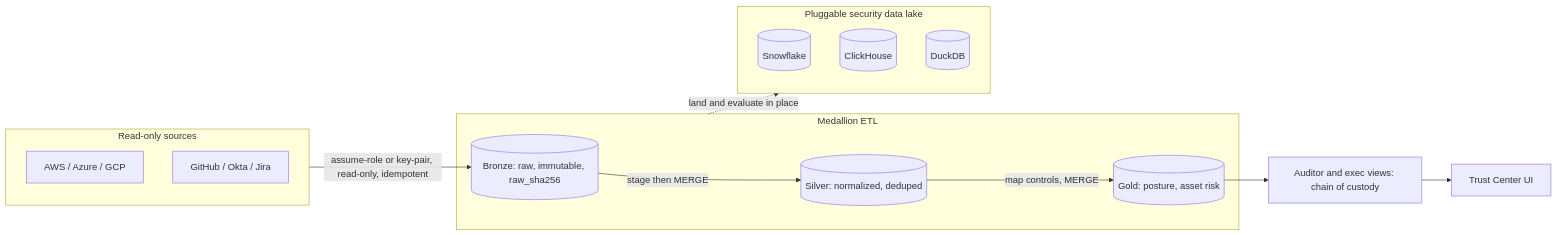
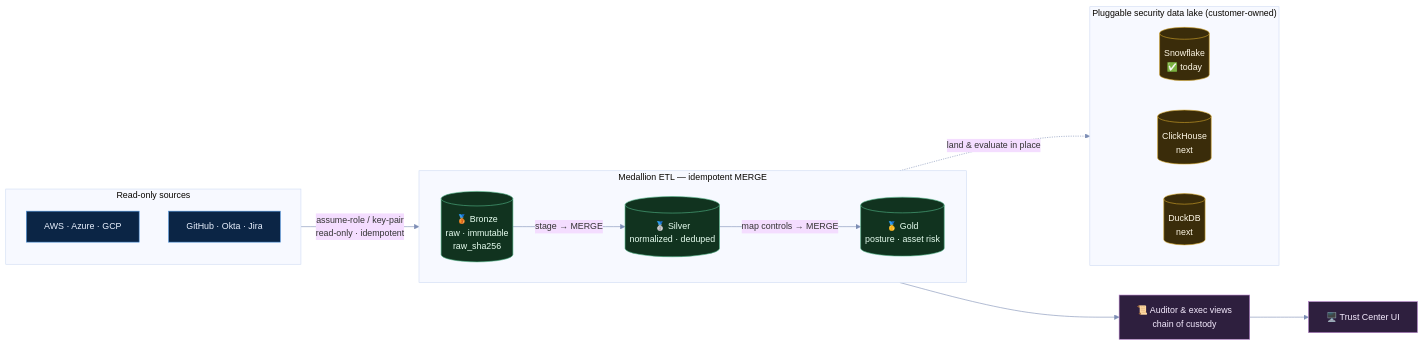
Before and after one commit to msaad00/trustops-security-data-lake: the third of 3 diagrams in README.md, drawn with Mermaid. The commit also changed other lines of this file, not shown here.

First line of the commit message:
docs(architecture): readable, color-grouped diagrams that show LangGraph (#272)

````diff
--- a/README.md
+++ b/README.md
@@ -117,22 +169,38 @@
 ```mermaid
+%%{init: {'theme':'base','themeVariables':{'fontSize':'15px','lineColor':'#7c8db5'}}}%%
 flowchart LR
   subgraph SRC["Read-only sources"]
-    C1[AWS / Azure / GCP]
-    C2[GitHub / Okta / Jira]
+    direction TB
+    C1["AWS · Azure · GCP"]
+    C2["GitHub · Okta · Jira"]
   end
-  SRC -->|"assume-role or key-pair, read-only, idempotent"| RAW
-  subgraph MED["Medallion ETL"]
-    RAW[("Bronze: raw, immutable, raw_sha256")]
-    SIL[("Silver: normalized, deduped")]
-    GOLD[("Gold: posture, asset risk")]
-    RAW -->|"stage then MERGE"| SIL -->|"map controls, MERGE"| GOLD
+
+  subgraph MED["Medallion ETL — idempotent MERGE"]
+    direction LR
+    RAW[("🥉 Bronze<br/>raw · immutable<br/>raw_sha256")]
+    SIL[("🥈 Silver<br/>normalized · deduped")]
+    GOLD[("🥇 Gold<br/>posture · asset risk")]
+    RAW -->|"stage → MERGE"| SIL -->|"map controls → MERGE"| GOLD
   end
-  GOLD --> VIEW["Auditor and exec views: chain of custody"]
-  VIEW --> UI["Trust Center UI"]
-  MED -.->|"land and evaluate in place"| LAKE
-  subgraph LAKE["Pluggable security data lake"]
-    L1[(Snowflake)]
-    L2[(ClickHouse)]
-    L3[(DuckDB)]
+
+  GOLD --> VIEW["📜 Auditor & exec views<br/>chain of custody"] --> UI["🖥️ Trust Center UI"]
+
+  subgraph LAKE["Pluggable security data lake (customer-owned)"]
+    direction LR
+    L1[("Snowflake<br/>✅ today")]
+    L2[("ClickHouse<br/>next")]
+    L3[("DuckDB<br/>next")]
   end
+  MED -. "land & evaluate in place" .-> LAKE
+
+  SRC -->|"assume-role / key-pair<br/>read-only · idempotent"| RAW
+
+  classDef src fill:#0b2545,stroke:#4a90d9,color:#eaf2ff;
+  classDef med fill:#11331f,stroke:#52b788,color:#e8fff1;
+  classDef out fill:#2e1f3e,stroke:#b07cc6,color:#f6ecff;
+  classDef lake fill:#3a2c0a,stroke:#d4a72c,color:#fff8e6;
+  class C1,C2 src;
+  class RAW,SIL,GOLD med;
+  class VIEW,UI out;
+  class L1,L2,L3 lake;
 ```
````
